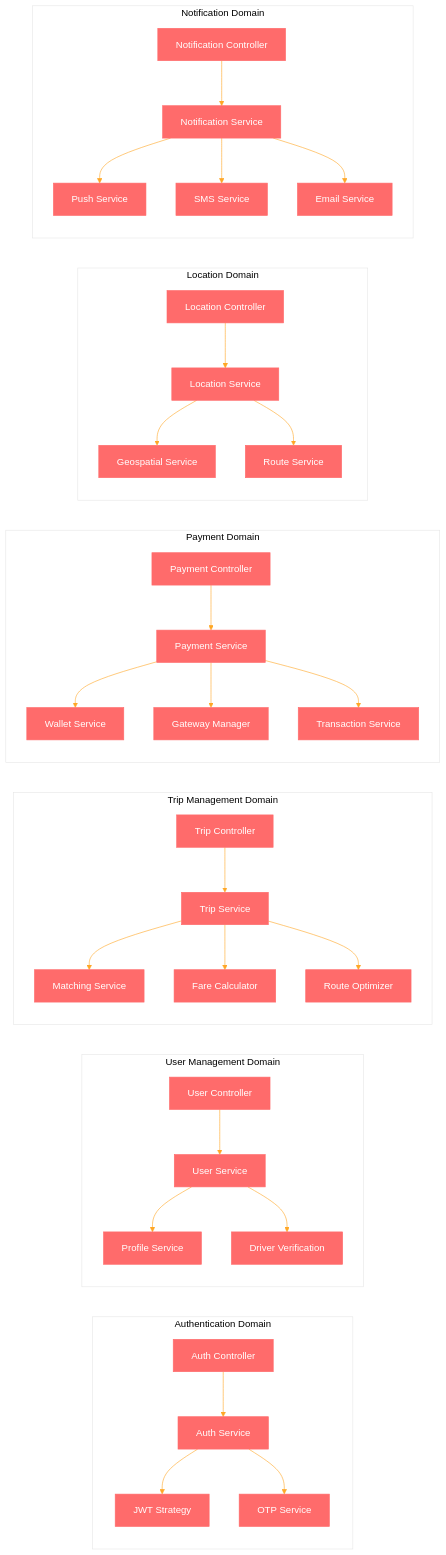
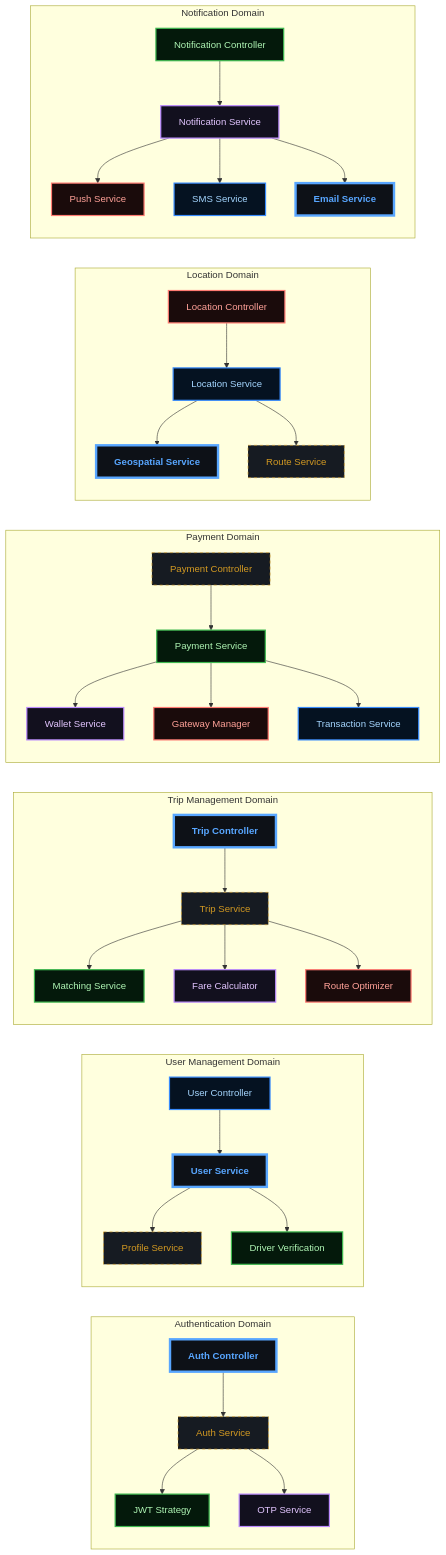
Before and after one commit to abdoElHodaky/transportapp: the second of 15 diagrams in docs/ARCHITECTURE.md, drawn with Mermaid. The commit also changed other lines of this file and 9 other files, not shown here.

````diff
--- a/docs/ARCHITECTURE.md
+++ b/docs/ARCHITECTURE.md
@@ -122,5 +163,4 @@
 ```mermaid
-%%{init: {'theme':'base', 'themeVariables': {'primaryColor':'#ff6b6b','primaryTextColor':'#fff','primaryBorderColor':'#ff6b6b','lineColor':'#ffa726','sectionBkgColor':'#ff6b6b','altSectionBkgColor':'#fff','gridColor':'#fff','secondaryColor':'#006100','tertiaryColor':'#fff'}}}%%
 graph LR
     subgraph "Authentication Domain"
         A1[Auth Controller]
@@ -193,4 +233,52 @@
     N2 --> N3
     N2 --> N4
     N2 --> N5
+
+    %% --- DARK GRADIENT & GLOW STYLING ---
+    
+    %% Main Dashboard (Neon Cyan/Blue)
+    classDef main fill:#0d1117,stroke:#58a6ff,stroke-width:4px,color:#58a6ff,font-weight:bold;
+    
+    %% Decision Diamond (Gold Glow)
+    classDef decision fill:#161b22,stroke:#d29922,color:#d29922,stroke-dasharray: 5 5;
+    
+    %% Revenue (Emerald Gradient Style)
+    classDef revNode fill:#04190b,stroke:#3fb950,color:#aff5b4,stroke-width:2px;
+    
+    %% Commission (Purple Gradient Style)
+    classDef commNode fill:#12101e,stroke:#bc8cff,color:#e2c5ff,stroke-width:2px;
+    
+    %% Refund (Ruby Gradient Style)
+    classDef refNode fill:#1a0b0b,stroke:#ff7b72,color:#ffa198,stroke-width:2px;
+    
+    %% Earnings (Sapphire Gradient Style)
+    classDef earnNode fill:#051221,stroke:#388bfd,color:#a5d6ff,stroke-width:2px;
+
+    class A1 main;
+    class A2 decision;
+    class A3 revNode;
+    class A4 commNode;
+    class L1 refNode;
+    class L2 earnNode;
+    class L3 main;
+    class L4 decision;
+    class N1 revNode;
+    class N2 commNode;
+    class N3 refNode;
+    class N4 earnNode;
+    class N5 main;
+    class P1 decision;
+    class P2 revNode;
+    class P3 commNode;
+    class P4 refNode;
+    class P5 earnNode;
+    class T1 main;
+    class T2 decision;
+    class T3 revNode;
+    class T4 commNode;
+    class T5 refNode;
+    class U1 earnNode;
+    class U2 main;
+    class U3 decision;
+    class U4 revNode;
 ```
````
